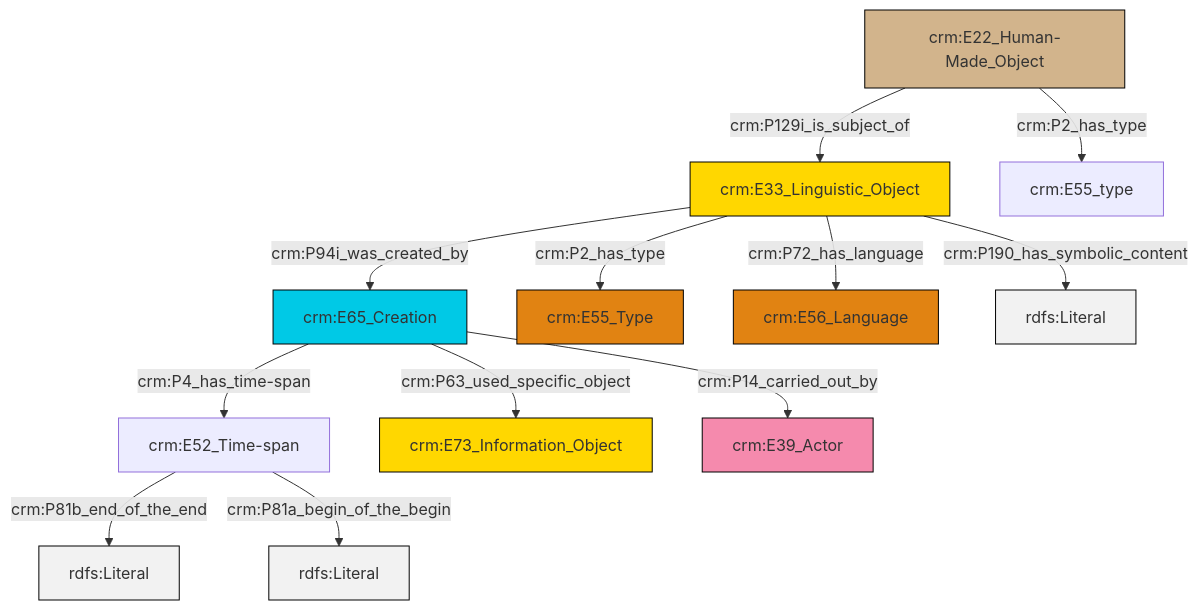
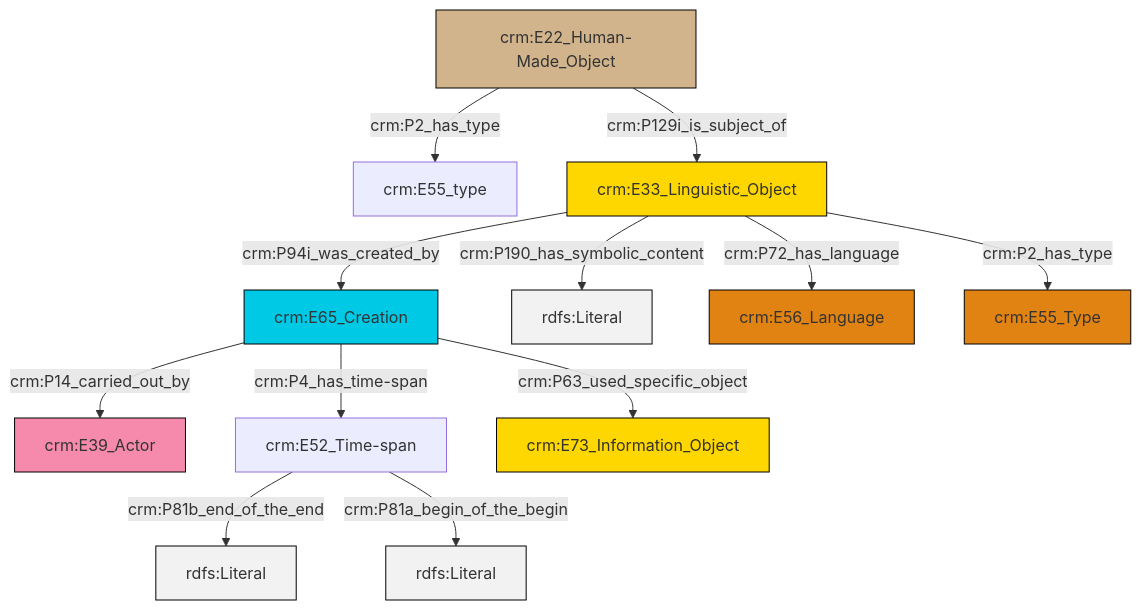
One commit to swiss-art-research-net/docs.swissartresearch changed the diagram in et/artworkCSV/ttl/mmd/Artwork_Description.ttl.mmd. Above: the diagram before and after it, drawn with Mermaid. The commit also changed 173 other files, not shown here.

```diff
--- a/et/artworkCSV/ttl/mmd/Artwork_Description.ttl.mmd
+++ b/et/artworkCSV/ttl/mmd/Artwork_Description.ttl.mmd
@@ -1,26 +1,26 @@
 graph TD
 classDef Literal fill:#f2f2f2,stroke:#000000;
 classDef CRM_Entity fill:#FFFFFF,stroke:#000000;
 classDef Temporal_Entity fill:#00C9E6, stroke:#000000;
 classDef Type fill:#E18312, stroke:#000000;
 classDef Time-Span fill:#2C9C91, stroke:#000000;
 classDef Appellation fill:#FFEB7F, stroke:#000000;
 classDef Place fill:#008836, stroke:#000000;
 classDef Persistent_Item fill:#B266B2, stroke:#000000;
 classDef Conceptual_Object fill:#FFD700, stroke:#000000;
 classDef Physical_Thing fill:#D2B48C, stroke:#000000;
 classDef Actor fill:#f58aad, stroke:#000000;
 classDef PC_Classes fill:#4ce600, stroke:#000000;
 classDef Multi fill:#cccccc,stroke:#000000;
 
-4["crm:E33_Linguistic_Object"]:::Conceptual_Object -->|crm:P2_has_type| 5["crm:E55_Type"]:::Type
-0["crm:E65_Creation"]:::Temporal_Entity -->|crm:P63_used_specific_object| 6["crm:E73_Information_Object"]:::Conceptual_Object
-2["crm:E52_Time-span"]:::Default -->|crm:P81b_end_of_the_end| 7[rdfs:Literal]:::Literal
-2["crm:E52_Time-span"]:::Default -->|crm:P81a_begin_of_the_begin| 8[rdfs:Literal]:::Literal
-9["crm:E22_Human-Made_Object"]:::Physical_Thing -->|crm:P129i_is_subject_of| 4["crm:E33_Linguistic_Object"]:::Conceptual_Object
-4["crm:E33_Linguistic_Object"]:::Conceptual_Object -->|crm:P94i_was_created_by| 0["crm:E65_Creation"]:::Temporal_Entity
-0["crm:E65_Creation"]:::Temporal_Entity -->|crm:P14_carried_out_by| 11["crm:E39_Actor"]:::Actor
-9["crm:E22_Human-Made_Object"]:::Physical_Thing -->|crm:P2_has_type| 14["crm:E55_type"]:::Default
-0["crm:E65_Creation"]:::Temporal_Entity -->|crm:P4_has_time-span| 2["crm:E52_Time-span"]:::Default
-4["crm:E33_Linguistic_Object"]:::Conceptual_Object -->|crm:P72_has_language| 17["crm:E56_Language"]:::Type
-4["crm:E33_Linguistic_Object"]:::Conceptual_Object -->|crm:P190_has_symbolic_content| 18[rdfs:Literal]:::Literal
+0["crm:E22_Human-Made_Object"]:::Physical_Thing -->|crm:P2_has_type| 1["crm:E55_type"]:::Default
+2["crm:E33_Linguistic_Object"]:::Conceptual_Object -->|crm:P94i_was_created_by| 3["crm:E65_Creation"]:::Temporal_Entity
+2["crm:E33_Linguistic_Object"]:::Conceptual_Object -->|crm:P190_has_symbolic_content| 4[rdfs:Literal]:::Literal
+0["crm:E22_Human-Made_Object"]:::Physical_Thing -->|crm:P129i_is_subject_of| 2["crm:E33_Linguistic_Object"]:::Conceptual_Object
+2["crm:E33_Linguistic_Object"]:::Conceptual_Object -->|crm:P72_has_language| 8["crm:E56_Language"]:::Type
+3["crm:E65_Creation"]:::Temporal_Entity -->|crm:P14_carried_out_by| 5["crm:E39_Actor"]:::Actor
+9["crm:E52_Time-span"]:::Default -->|crm:P81b_end_of_the_end| 10[rdfs:Literal]:::Literal
+9["crm:E52_Time-span"]:::Default -->|crm:P81a_begin_of_the_begin| 12[rdfs:Literal]:::Literal
+2["crm:E33_Linguistic_Object"]:::Conceptual_Object -->|crm:P2_has_type| 14["crm:E55_Type"]:::Type
+3["crm:E65_Creation"]:::Temporal_Entity -->|crm:P4_has_time-span| 9["crm:E52_Time-span"]:::Default
+3["crm:E65_Creation"]:::Temporal_Entity -->|crm:P63_used_specific_object| 17["crm:E73_Information_Object"]:::Conceptual_Object
```
